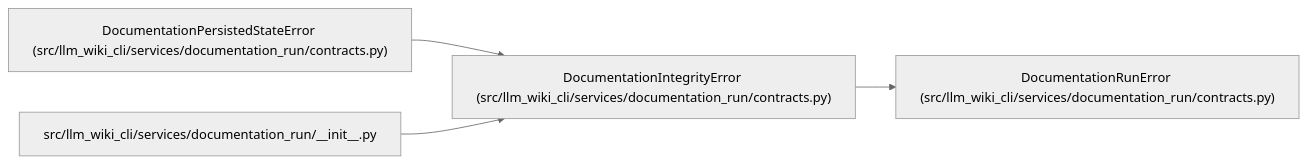
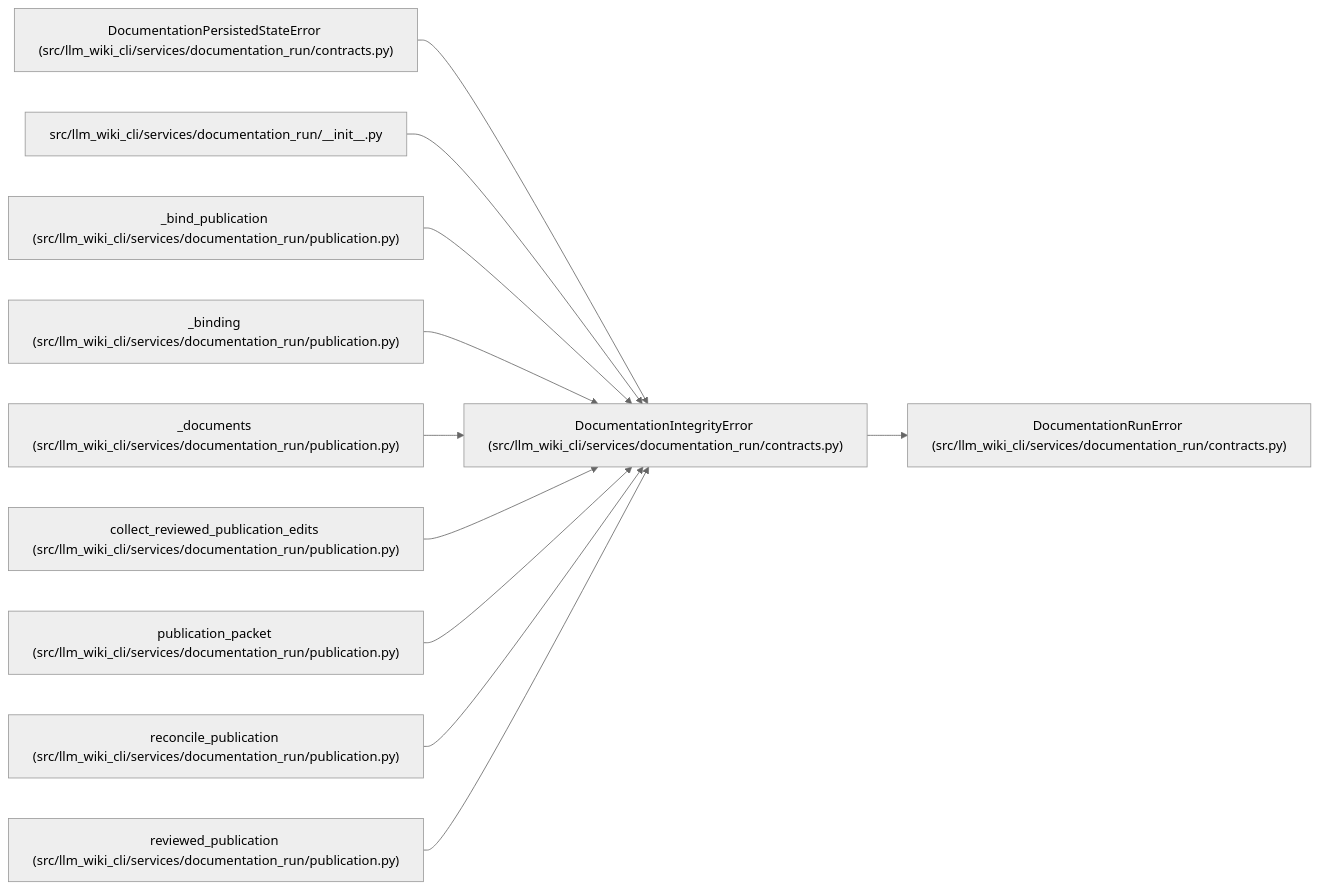
The diagram in docs/llm_wiki/entities/DocumentationIntegrityError.md (Denissvgn/python-wiki-llm), drawn with Mermaid (neutral theme) before and after one commit. The commit also changed other lines of this file and 375 other files, not shown here.

Commit message:
feat: propose independently reviewed patches for mapped wiki documentation

````diff
--- a/docs/llm_wiki/entities/DocumentationIntegrityError.md
+++ b/docs/llm_wiki/entities/DocumentationIntegrityError.md
@@ -23,14 +23,35 @@
 ```mermaid
 flowchart LR
     n0["DocumentationIntegrityError (src/llm_wiki_cli/services/documentation_run/contracts.py)"]
     n1["DocumentationRunError (src/llm_wiki_cli/services/documentation_run/contracts.py)"]
     n2["DocumentationPersistedStateError (src/llm_wiki_cli/services/documentation_run/contracts.py)"]
     n3["src/llm_wiki_cli/services/documentation_run/__init__.py"]
+    n4["_bind_publication (src/llm_wiki_cli/services/documentation_run/publication.py)"]
+    n5["_binding (src/llm_wiki_cli/services/documentation_run/publication.py)"]
+    n6["_documents (src/llm_wiki_cli/services/documentation_run/publication.py)"]
+    n7["collect_reviewed_publication_edits (src/llm_wiki_cli/services/documentation_run/publication.py)"]
+    n8["publication_packet (src/llm_wiki_cli/services/documentation_run/publication.py)"]
+    n9["reconcile_publication (src/llm_wiki_cli/services/documentation_run/publication.py)"]
+    n10["reviewed_publication (src/llm_wiki_cli/services/documentation_run/publication.py)"]
     n0 --> n1
     n2 --> n0
     n3 --> n0
+    n4 --> n0
+    n5 --> n0
+    n6 --> n0
+    n7 --> n0
+    n8 --> n0
+    n9 --> n0
+    n10 --> n0
     click n0 "../modules/documentation_run_contracts.md"
     click n1 "../modules/documentation_run_contracts.md"
     click n2 "../modules/documentation_run_contracts.md"
     click n3 "../modules/documentation_run___init__.md"
+    click n4 "../modules/publication.md"
+    click n5 "../modules/publication.md"
+    click n6 "../modules/publication.md"
+    click n7 "../modules/publication.md"
+    click n8 "../modules/publication.md"
+    click n9 "../modules/publication.md"
+    click n10 "../modules/publication.md"
 ```
````
